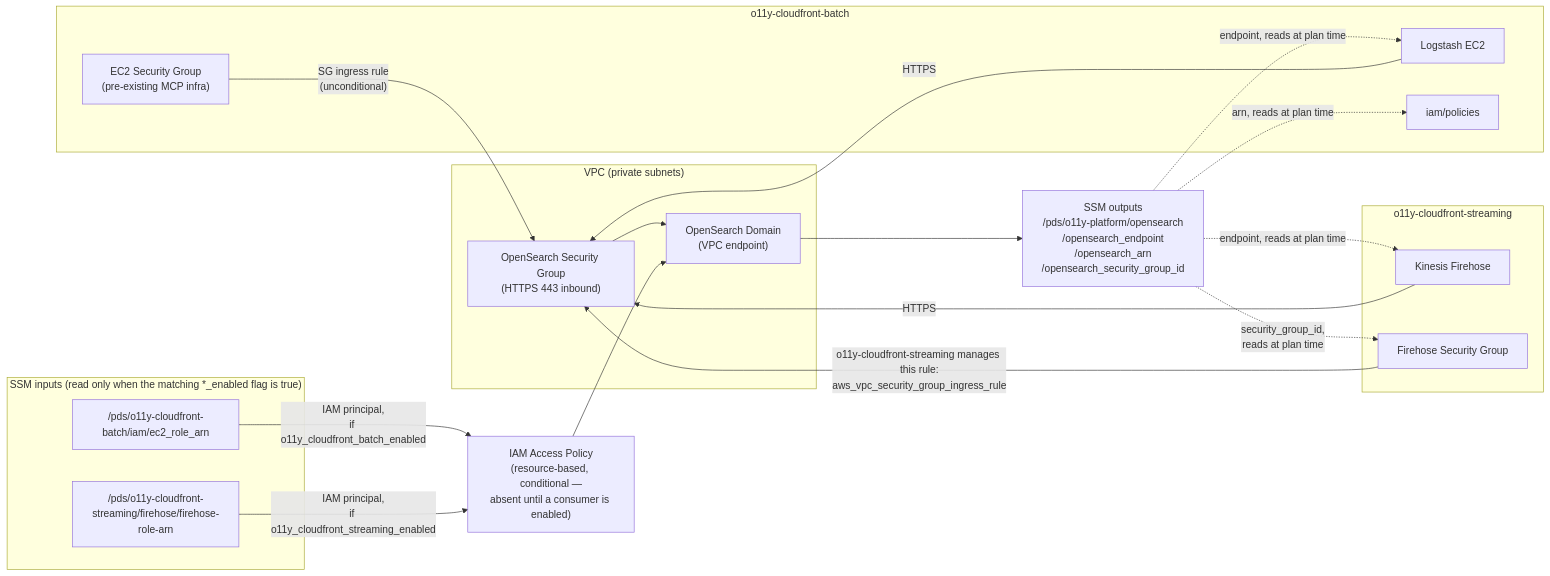
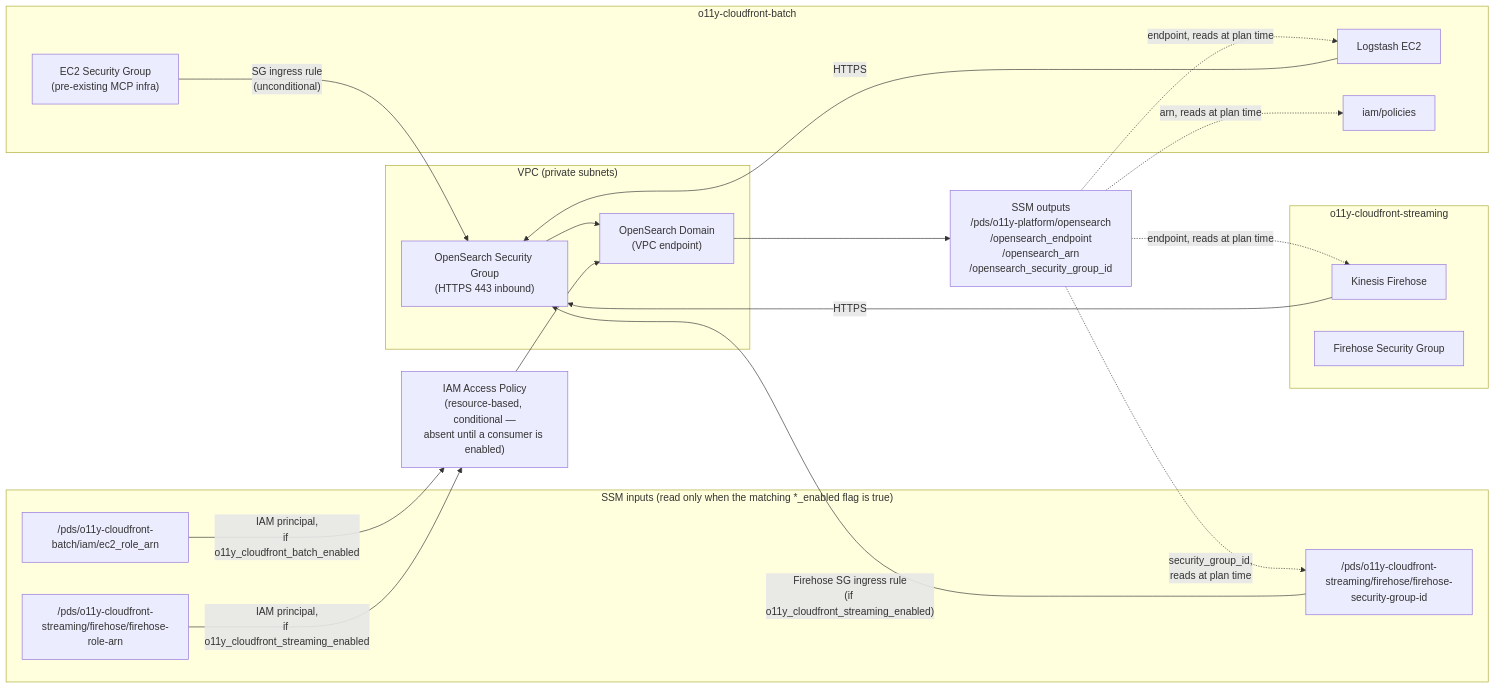
Before and after one commit to NASA-PDS/o11y-platform: the first of 2 diagrams in terraform/README.md, drawn with Mermaid. The commit also changed other lines of this file and 9 other files, not shown here.

````diff
--- a/terraform/README.md
+++ b/terraform/README.md
@@ -7,40 +7,41 @@
 ```mermaid
 flowchart LR
     subgraph vpc["VPC (private subnets)"]
         SG["OpenSearch Security Group\n(HTTPS 443 inbound)"]
         OS["OpenSearch Domain\n(VPC endpoint)"]
     end
 
     subgraph ssm_in["SSM inputs (read only when the matching *_enabled flag is true)"]
         EC2ARN["/pds/o11y-cloudfront-batch/iam/ec2_role_arn"]
         FHARN["/pds/o11y-cloudfront-streaming/firehose/firehose-role-arn"]
+        FHSGID["/pds/o11y-cloudfront-streaming/firehose/firehose-security-group-id"]
     end
 
     POL["IAM Access Policy\n(resource-based, conditional —\nabsent until a consumer is enabled)"]
     SSM_OUT["SSM outputs\n/pds/o11y-platform/opensearch\n/opensearch_endpoint\n/opensearch_arn\n/opensearch_security_group_id"]
 
     subgraph wa["o11y-cloudfront-batch"]
         LS["Logstash EC2"]
         EC2SG["EC2 Security Group\n(pre-existing MCP infra)"]
         WAIAM["iam/policies"]
     end
 
     subgraph cf["o11y-cloudfront-streaming"]
         FH["Kinesis Firehose"]
         FHSG["Firehose Security Group"]
     end
 
     EC2SG -->|"SG ingress rule\n(unconditional)"| SG
     SG --> OS
     EC2ARN -->|"IAM principal,\nif o11y_cloudfront_batch_enabled"| POL
     FHARN -->|"IAM principal,\nif o11y_cloudfront_streaming_enabled"| POL
     POL --> OS
     OS --> SSM_OUT
     SSM_OUT -.->|"endpoint, reads at plan time"| LS
     SSM_OUT -.->|"endpoint, reads at plan time"| FH
     SSM_OUT -.->|"arn, reads at plan time"| WAIAM
-    SSM_OUT -.->|"security_group_id,\nreads at plan time"| FHSG
-    FHSG -->|"o11y-cloudfront-streaming manages this rule:\naws_vpc_security_group_ingress_rule"| SG
+    SSM_OUT -.->|"security_group_id,\nreads at plan time"| FHSGID
+    FHSGID -->|"Firehose SG ingress rule\n(if o11y_cloudfront_streaming_enabled)"| SG
     LS -->|"HTTPS"| SG
     FH -->|"HTTPS"| SG
 ```
````
